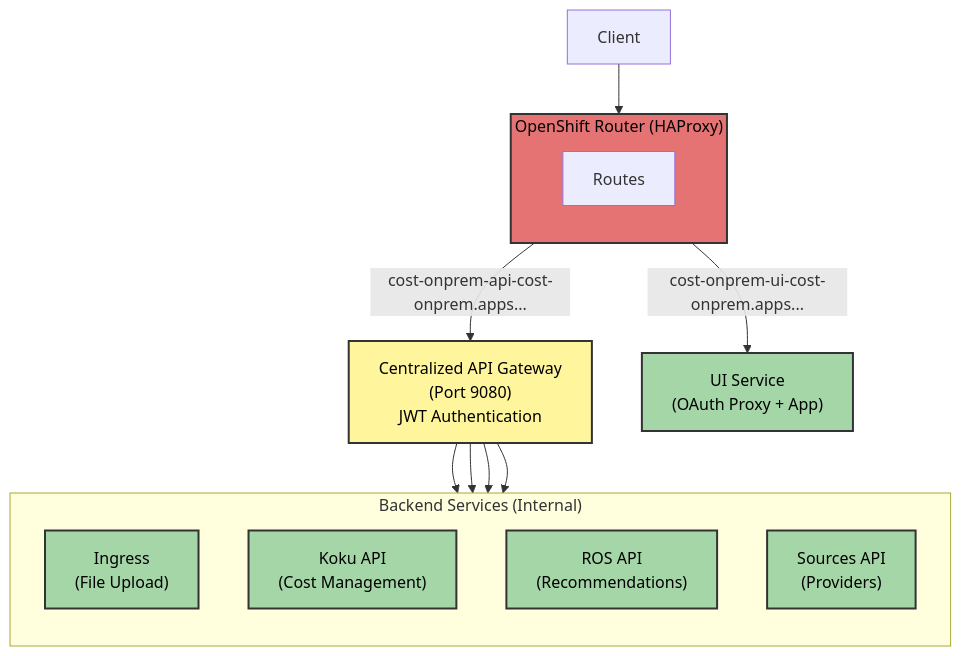
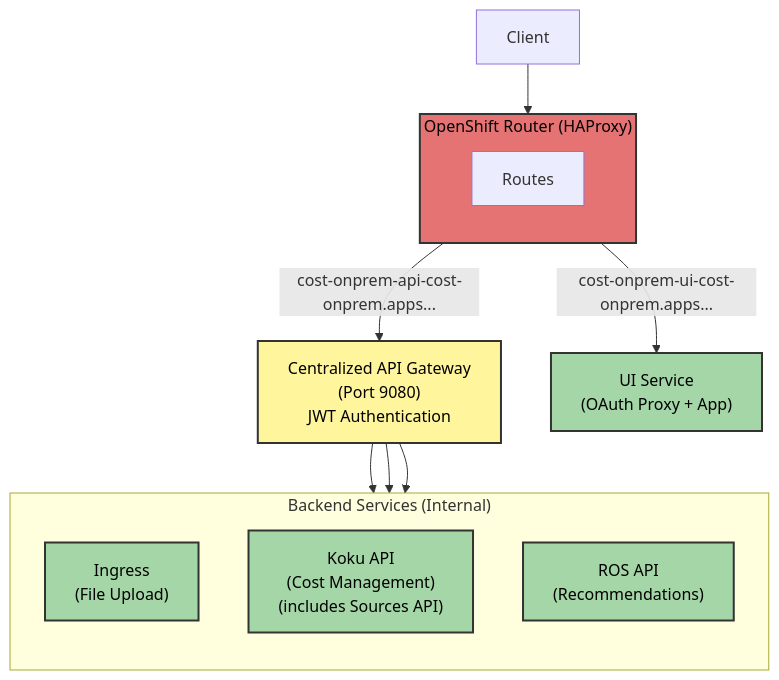
The diagram in docs/platform-guide.md (jordigilh/ros-helm-chart), drawn with Mermaid before and after one commit. The commit also changed other lines of this file and 13 other files, not shown here.

First line of the commit message:
Remove sources-api references after Koku integration

````diff
--- a/docs/platform-guide.md
+++ b/docs/platform-guide.md
@@ -29,33 +29,30 @@
 ```mermaid
 graph TB
     Client["Client"] --> Router
 
     subgraph Router["OpenShift Router (HAProxy)"]
         direction TB
         Routes["Routes"]
     end
 
     Routes -->|"cost-onprem-api-cost-onprem.apps..."| Gateway["Centralized API Gateway<br/>(Port 9080)<br/>JWT Authentication"]
     Routes -->|"cost-onprem-ui-cost-onprem.apps..."| UI["UI Service<br/>(OAuth Proxy + App)"]
 
     subgraph Backend["Backend Services (Internal)"]
         direction TB
         Ingress["Ingress<br/>(File Upload)"]
-        Koku["Koku API<br/>(Cost Management)"]
+        Koku["Koku API<br/>(Cost Management)<br/>(includes Sources API)"]
         ROS["ROS API<br/>(Recommendations)"]
-        Sources["Sources API<br/>(Providers)"]
     end
 
     Gateway --> Ingress
     Gateway --> Koku
     Gateway --> ROS
-    Gateway --> Sources
 
     style Router fill:#e57373,stroke:#333,stroke-width:2px,color:#000
     style Gateway fill:#fff59d,stroke:#333,stroke-width:2px,color:#000
     style UI fill:#a5d6a7,stroke:#333,stroke-width:2px,color:#000
     style Ingress fill:#a5d6a7,stroke:#333,stroke-width:2px,color:#000
     style Koku fill:#a5d6a7,stroke:#333,stroke-width:2px,color:#000
     style ROS fill:#a5d6a7,stroke:#333,stroke-width:2px,color:#000
-    style Sources fill:#a5d6a7,stroke:#333,stroke-width:2px,color:#000
 ```
````
